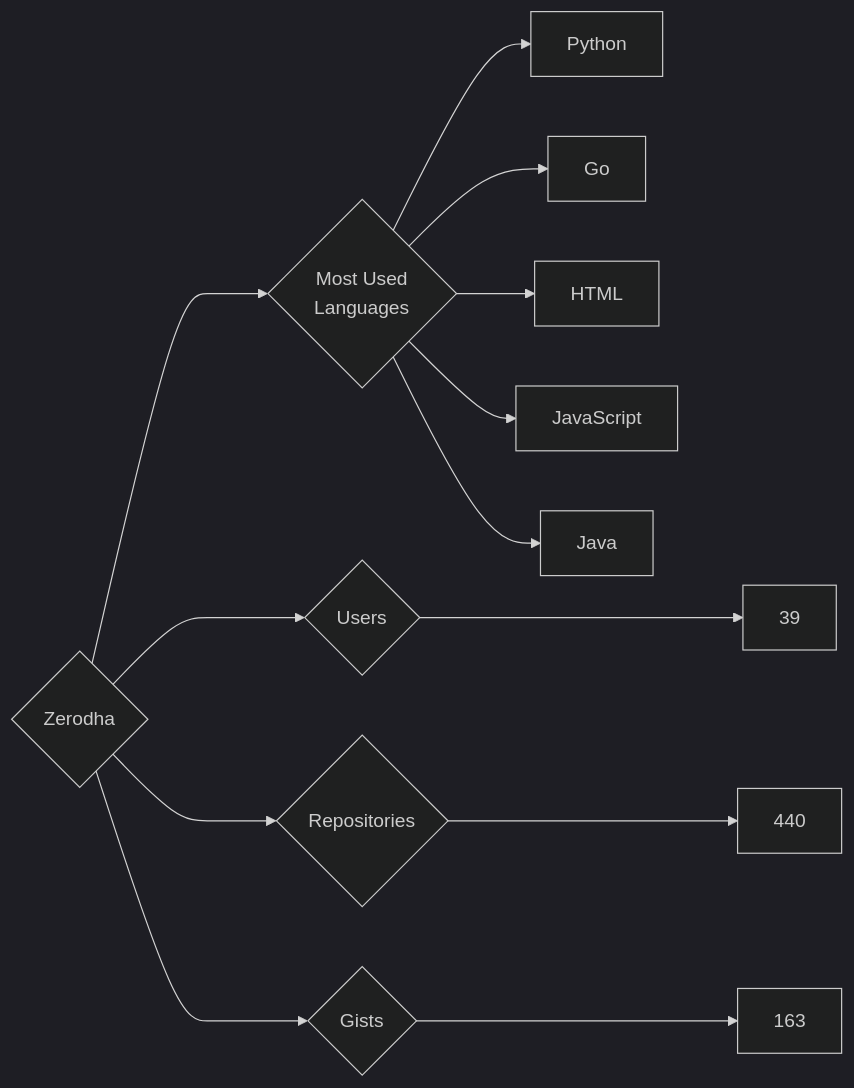
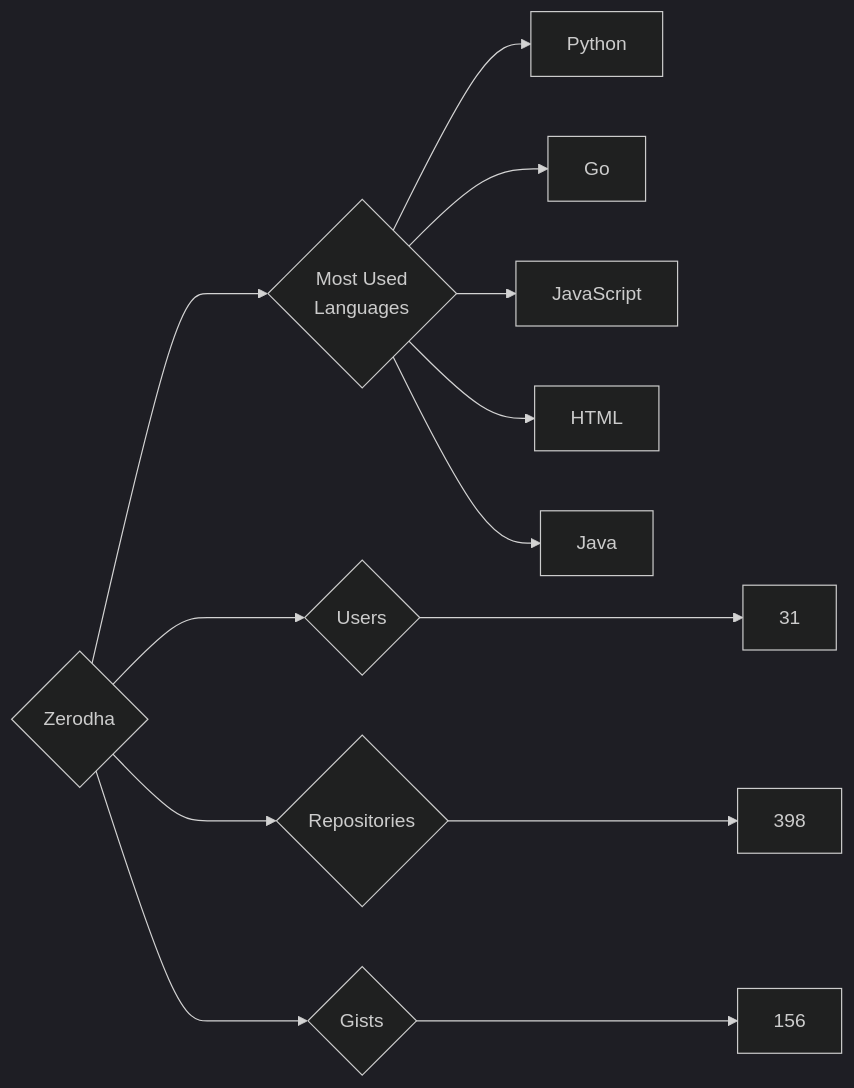
The diagram in targets/Zerodha/README.md (trickest/insiders), drawn with Mermaid (dark theme) before and after one commit. The commit also changed 1011 other files, not shown here.

````diff
--- a/targets/Zerodha/README.md
+++ b/targets/Zerodha/README.md
@@ -3,13 +3,13 @@
 ```mermaid
 graph LR
 COMPANY_NAME{Zerodha}
-COMPANY_NAME ---> U{Users} ---> UN[39]
-COMPANY_NAME ---> R{Repositories} ---> RN[440]
-COMPANY_NAME ---> G{Gists} ---> GN[163]
+COMPANY_NAME ---> U{Users} ---> UN[31]
+COMPANY_NAME ---> R{Repositories} ---> RN[398]
+COMPANY_NAME ---> G{Gists} ---> GN[156]
 COMPANY_NAME ---> ML{Most Used<br>Languages}
 ML --> Python[Python]
 ML --> Go[Go]
+ML --> JavaScript[JavaScript]
 ML --> HTML[HTML]
-ML --> JavaScript[JavaScript]
 ML --> Java[Java]
 ```
````
